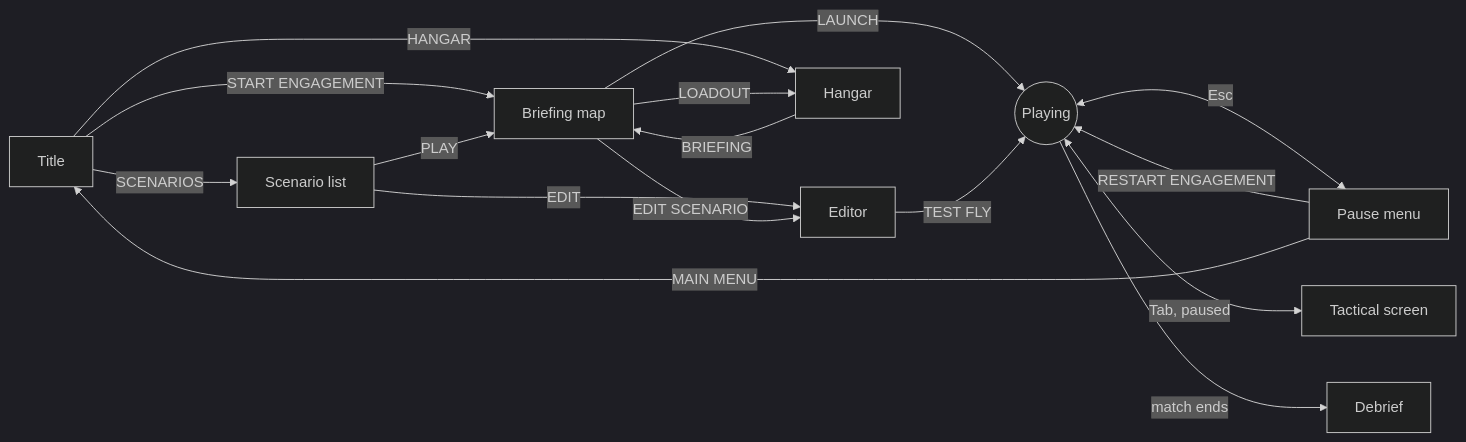
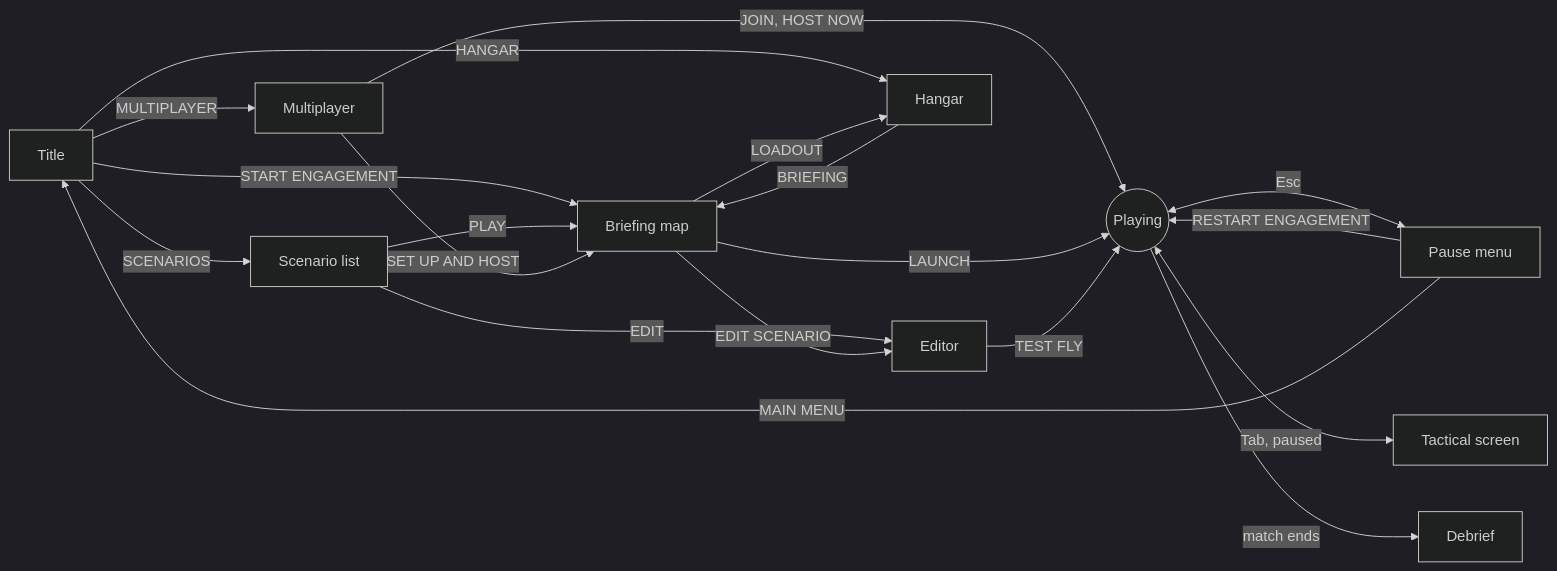
One commit to aledlb8/hardlock-website changed the diagram in content/docs/(reference)/world/game-flow.mdx. Above: the diagram before and after it, drawn with Mermaid (dark theme). The commit also changed other lines of this file and 1 other file, not shown here.

Commit message:
docs(multiplayer): host and join from the MULTIPLAYER screen, in your own jet and fit

````diff
--- a/content/docs/(reference)/world/game-flow.mdx
+++ b/content/docs/(reference)/world/game-flow.mdx
@@ -9,18 +9,21 @@
 ```mermaid
 flowchart LR
     T[Title] -->|START ENGAGEMENT| B[Briefing map]
     T -->|SCENARIOS| S[Scenario list]
     S -->|PLAY| B
     S -->|EDIT| E[Editor]
     B -->|EDIT SCENARIO| E
+    T -->|MULTIPLAYER| N[Multiplayer]
+    N -->|SET UP AND HOST| B
+    N -->|JOIN, HOST NOW| P
     T -->|HANGAR| H[Hangar]
     H -->|BRIEFING| B
     B -->|LOADOUT| H
     B -->|LAUNCH| P((Playing))
     E -->|TEST FLY| P
     P <-->|Esc| M[Pause menu]
     P <-->|Tab, paused| X[Tactical screen]
     P -->|match ends| D[Debrief]
     M -->|RESTART ENGAGEMENT| P
     M -->|MAIN MENU| T
 ```
````
